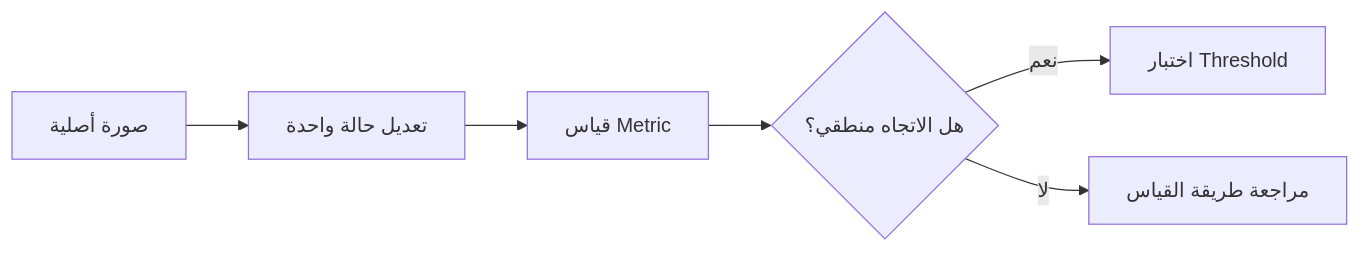
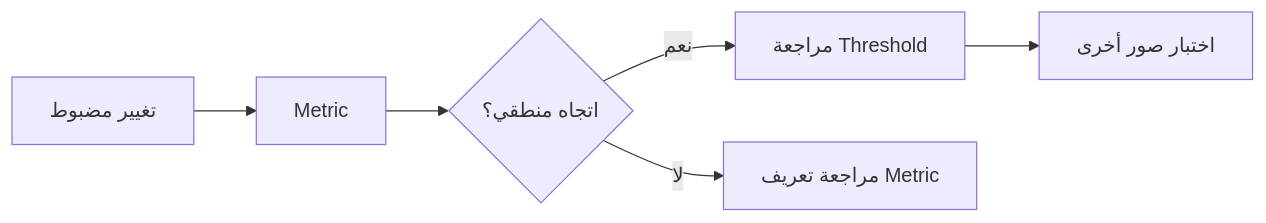
The third of 6 diagrams in docs/research-plan.md (Alhareith/manuscript-doctor), drawn with Mermaid before and after one commit. The commit also changed other lines of this file and 168 other files, not shown here.

````diff
--- a/docs/research-plan.md
+++ b/docs/research-plan.md
@@ -60,8 +97,8 @@
 ```mermaid
 flowchart LR
-    A["صورة أصلية"] --> B["تعديل حالة واحدة"]
-    B --> C["قياس Metric"]
-    C --> D{"هل الاتجاه منطقي؟"}
-    D -->|نعم| E["اختبار Threshold"]
-    D -->|لا| F["مراجعة طريقة القياس"]
+    A["تغيير مضبوط"] --> B["Metric"]
+    B --> C{"اتجاه منطقي؟"}
+    C -->|"نعم"| D["مراجعة Threshold"]
+    C -->|"لا"| E["مراجعة تعريف Metric"]
+    D --> F["اختبار صور أخرى"]
 ```
````
